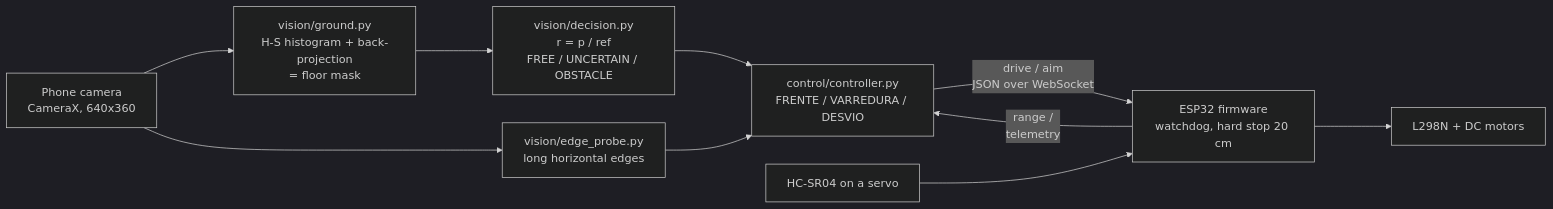
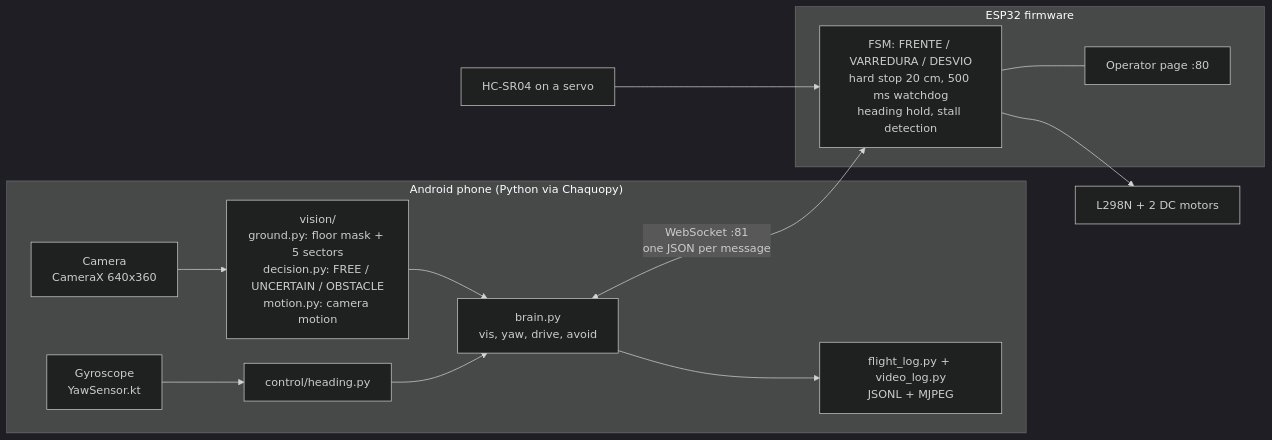
One commit to allvaret/esp32-self-driving-car changed the diagram in README.md. Above: the diagram before and after it, drawn with Mermaid (dark theme). The commit also changed other lines of this file and 1 other file, not shown here.

Commit message:
docs(readme): reescreve README em ingles e pt-BR para o firmware 0.7.0 (arquitetura atual, resultados, pinagem, replicar, proximos passos)

````diff
--- a/README.md
+++ b/README.md
@@ -51,13 +37,19 @@
 ```mermaid
-%%{init: {"flowchart": {"nodeSpacing": 40, "rankSpacing": 110}}}%%
+%%{init: {"flowchart": {"nodeSpacing": 35, "rankSpacing": 70}}}%%
 flowchart LR
-    CAM["Phone camera<br/>CameraX, 640x360"] --> G["vision/ground.py<br/>H-S histogram + back-projection<br/>= floor mask"]
-    CAM --> E["vision/edge_probe.py<br/>long horizontal edges"]
-    G --> D["vision/decision.py<br/>r = p / ref<br/>FREE / UNCERTAIN / OBSTACLE"]
-    D --> C["control/controller.py<br/>FRENTE / VARREDURA / DESVIO"]
-    E --> C
-    C -- "drive / aim<br/>JSON over WebSocket" --> F["ESP32 firmware<br/>watchdog, hard stop 20 cm"]
-    F -- "range /<br/>telemetry" --> C
-    F --> M["L298N + DC motors"]
-    S["HC-SR04 on a servo"] --> F
+    subgraph PHONE["Android phone (Python via Chaquopy)"]
+        CAM["Camera<br/>CameraX 640x360"] --> V["vision/<br/>ground.py: floor mask + 5 sectors<br/>decision.py: FREE / UNCERTAIN / OBSTACLE<br/>motion.py: camera motion"]
+        GYR["Gyroscope<br/>YawSensor.kt"] --> H["control/heading.py"]
+        V --> B["brain.py<br/>vis, yaw, drive, avoid"]
+        H --> B
+        B --> LOG["flight_log.py + video_log.py<br/>JSONL + MJPEG"]
+    end
+    B <-- "WebSocket :81<br/>one JSON per message" --> FW
+    subgraph ESP["ESP32 firmware"]
+        FW["FSM: FRENTE / VARREDURA / DESVIO<br/>hard stop 20 cm, 500 ms watchdog<br/>heading hold, stall detection"]
+        WEB["Operator page :80"]
+    end
+    SON["HC-SR04 on a servo"] --> FW
+    FW --> MOT["L298N + 2 DC motors"]
+    FW --- WEB
 ```
````
